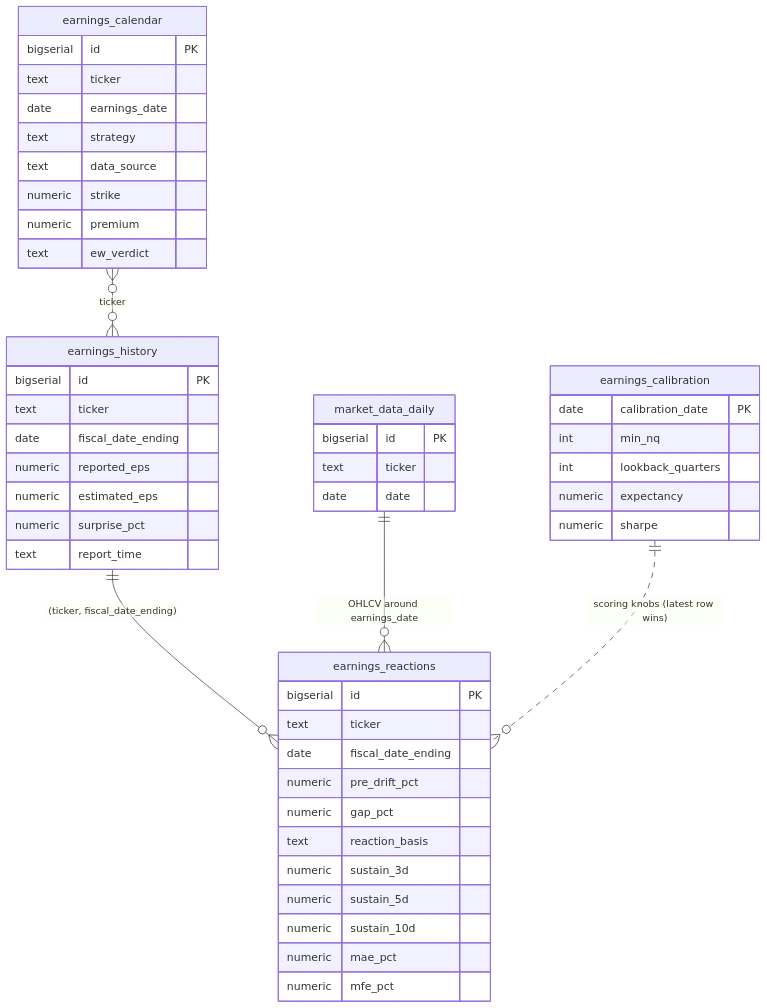
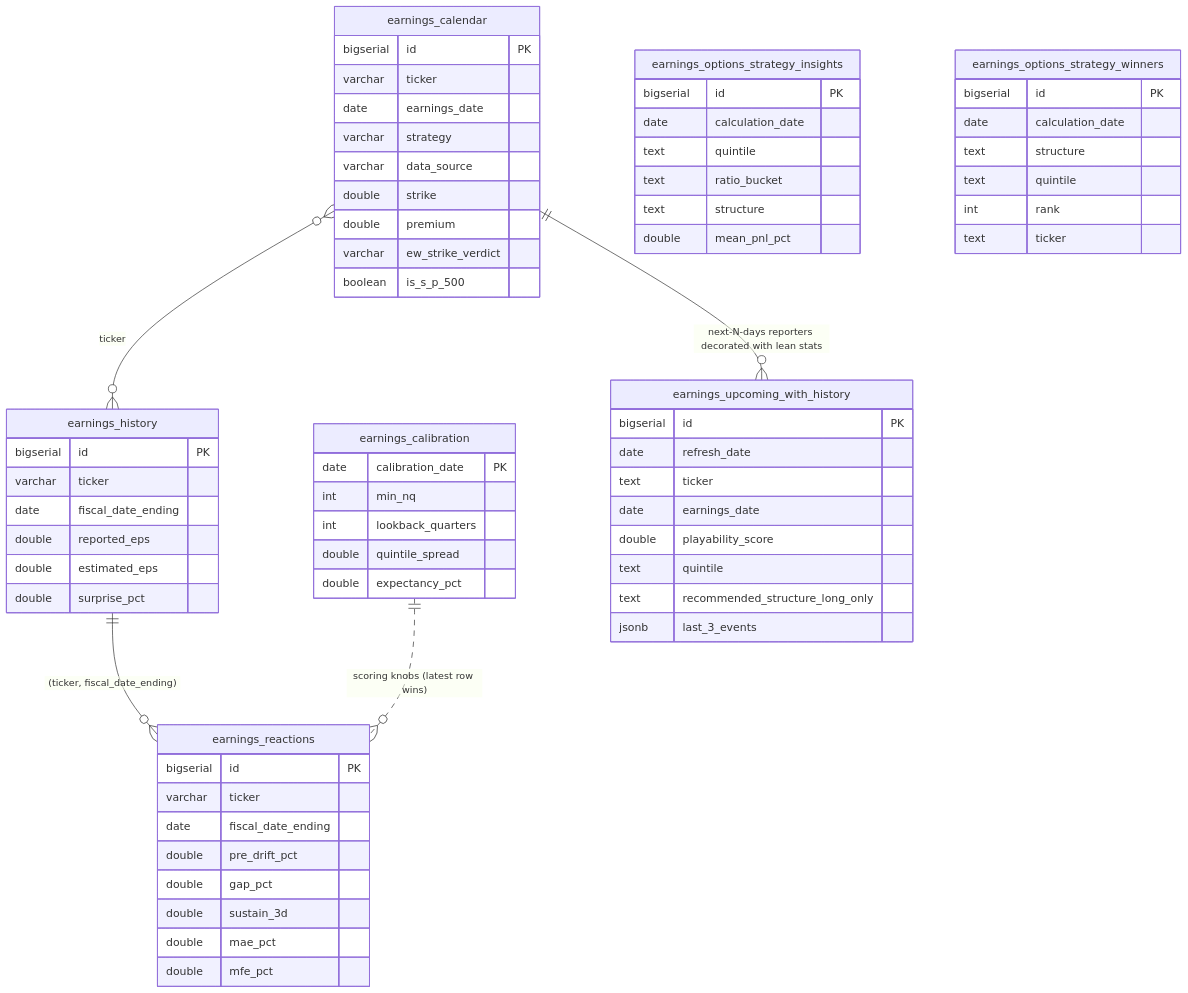
Before and after one commit to TeneikaAskew/stocks: the third of 10 diagrams in ERD.md, drawn with Mermaid. The commit also changed other lines of this file and 7 other files, not shown here.

First line of the commit message:
docs: refresh architecture & system docs to 2026-06-23 state

````diff
--- a/ERD.md
+++ b/ERD.md
@@ -171,51 +214,69 @@
 ```mermaid
 erDiagram
     earnings_calendar {
         bigserial id PK
-        text ticker
+        varchar ticker
         date earnings_date
-        text strategy
-        text data_source
-        numeric strike
-        numeric premium
-        text ew_verdict
+        varchar strategy
+        varchar data_source
+        double strike
+        double premium
+        varchar ew_strike_verdict
+        boolean is_s_p_500
     }
     earnings_history {
         bigserial id PK
-        text ticker
+        varchar ticker
         date fiscal_date_ending
-        numeric reported_eps
-        numeric estimated_eps
-        numeric surprise_pct
-        text report_time
+        double reported_eps
+        double estimated_eps
+        double surprise_pct
     }
     earnings_reactions {
         bigserial id PK
-        text ticker
+        varchar ticker
         date fiscal_date_ending
-        numeric pre_drift_pct
-        numeric gap_pct
-        text reaction_basis
-        numeric sustain_3d
-        numeric sustain_5d
-        numeric sustain_10d
-        numeric mae_pct
-        numeric mfe_pct
+        double pre_drift_pct
+        double gap_pct
+        double sustain_3d
+        double mae_pct
+        double mfe_pct
     }
     earnings_calibration {
         date calibration_date PK
         int min_nq
         int lookback_quarters
-        numeric expectancy
-        numeric sharpe
+        double quintile_spread
+        double expectancy_pct
     }
-    market_data_daily {
+    earnings_upcoming_with_history {
         bigserial id PK
+        date refresh_date
         text ticker
-        date date
+        date earnings_date
+        double playability_score
+        text quintile
+        text recommended_structure_long_only
+        jsonb last_3_events
+    }
+    earnings_options_strategy_insights {
+        bigserial id PK
+        date calculation_date
+        text quintile
+        text ratio_bucket
+        text structure
+        double mean_pnl_pct
+    }
+    earnings_options_strategy_winners {
+        bigserial id PK
+        date calculation_date
+        text structure
+        text quintile
+        int rank
+        text ticker
     }
     earnings_history ||--o{ earnings_reactions : "(ticker, fiscal_date_ending)"
     earnings_calendar }o--o{ earnings_history : "ticker"
-    market_data_daily ||--o{ earnings_reactions : "OHLCV around earnings_date"
     earnings_calibration ||..o{ earnings_reactions : "scoring knobs (latest row wins)"
+    earnings_calendar ||--o{ earnings_upcoming_with_history : "next-N-days reporters decorated with lean stats"
 ```
````
